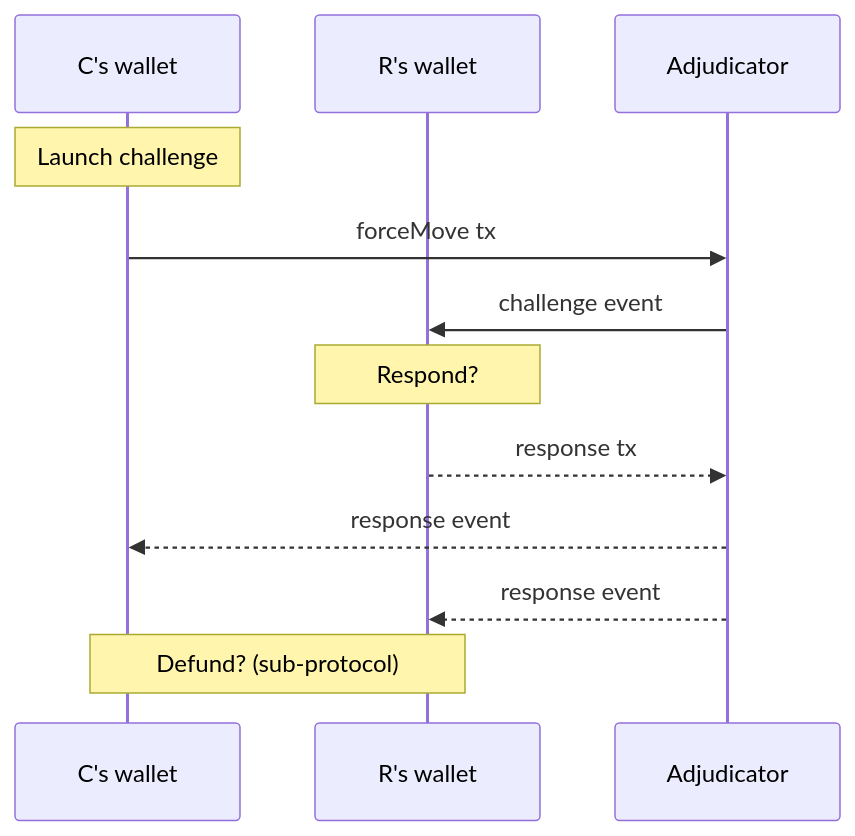
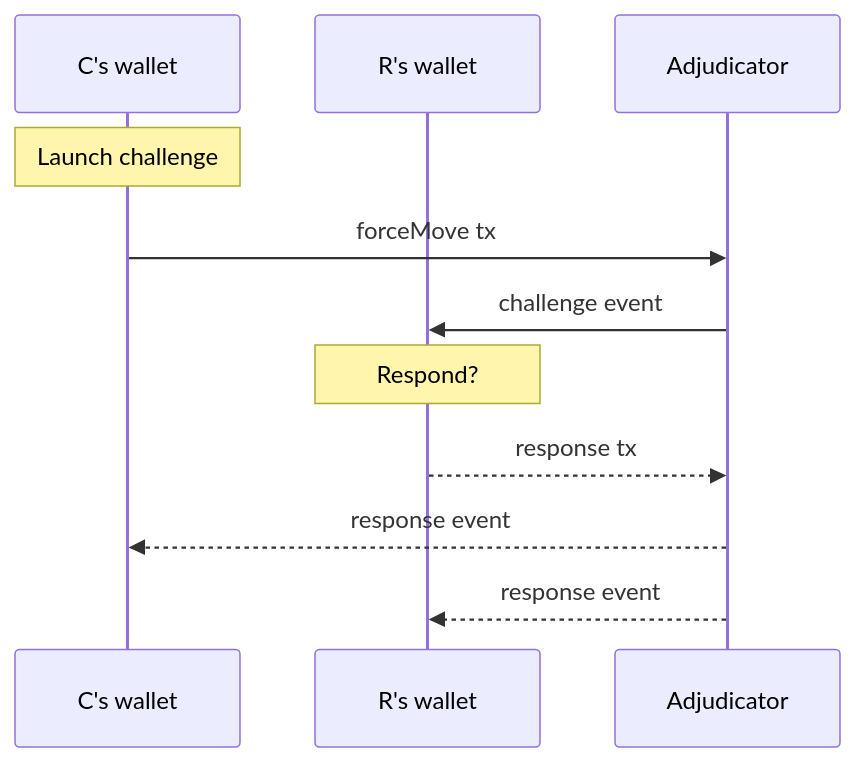
Before and after one commit to statechannels/statechannels: the diagram in packages/rps/packages/wallet/src/redux/protocols/dispute/readme.md, drawn with Mermaid. The commit also changed other lines of this file and 32 other files, not shown here.

````diff
--- a/packages/rps/packages/wallet/src/redux/protocols/dispute/readme.md
+++ b/packages/rps/packages/wallet/src/redux/protocols/dispute/readme.md
@@ -14,15 +14,13 @@
 ```mermaid
 sequenceDiagram
   participant C as C's wallet
   participant R as R's wallet
   participant A as Adjudicator
   Note over C: Launch challenge
   C->>A: forceMove tx
   A->>R: challenge event
   Note over R: Respond?
   R-->>A: response tx
   A-->>C: response event
   A-->>R: response event
-  Note  over C, R: Defund? (sub-protocol)
-
 ```
````
